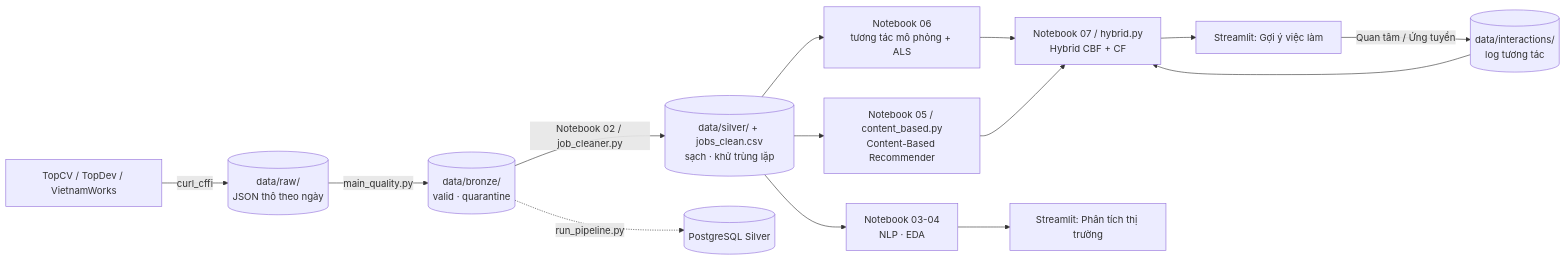
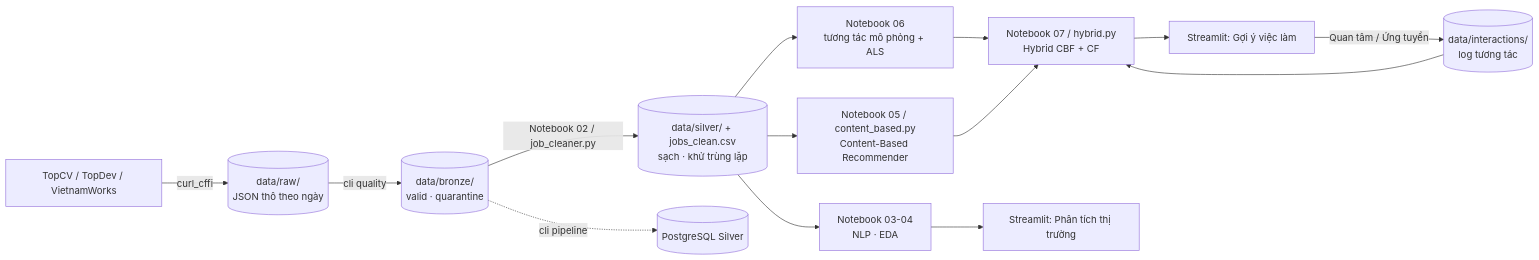
One commit to doanquangminh14/IT-Job-Market-Intelligence changed the diagram in README.md. Above: the diagram before and after it, drawn with Mermaid. The commit also changed other lines of this file and 13 other files, not shown here.

First line of the commit message:
refactor(cli): gom main_crawl / main_quality / main_profile / run_pipeline vào src/cli

````diff
--- a/README.md
+++ b/README.md
@@ -24,16 +24,16 @@
 ```mermaid
 flowchart LR
     A[TopCV / TopDev / VietnamWorks] -->|curl_cffi| B[(data/raw/<br/>JSON thô theo ngày)]
-    B -->|main_quality.py| C[(data/bronze/<br/>valid · quarantine)]
+    B -->|cli quality| C[(data/bronze/<br/>valid · quarantine)]
     C -->|Notebook 02 / job_cleaner.py| D[(data/silver/ + jobs_clean.csv<br/>sạch · khử trùng lặp)]
-    C -.->|run_pipeline.py| P[(PostgreSQL Silver)]
+    C -.->|cli pipeline| P[(PostgreSQL Silver)]
     D --> E[Notebook 03-04<br/>NLP · EDA]
     D --> F[Notebook 05 / content_based.py<br/>Content-Based Recommender]
     D --> S[Notebook 06<br/>tương tác mô phỏng + ALS]
     S --> HY[Notebook 07 / hybrid.py<br/>Hybrid CBF + CF]
     F --> HY
     E --> G[Streamlit: Phân tích thị trường]
     HY --> H[Streamlit: Gợi ý việc làm]
     H -->|Quan tâm / Ứng tuyển| L[(data/interactions/<br/>log tương tác)]
     L --> HY
 ```
````
